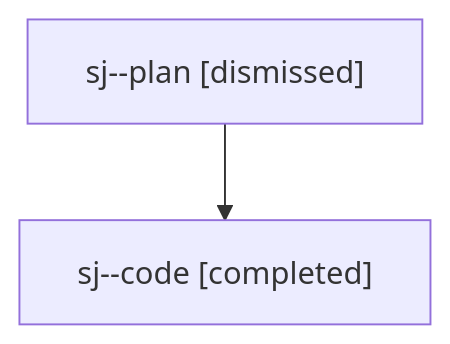
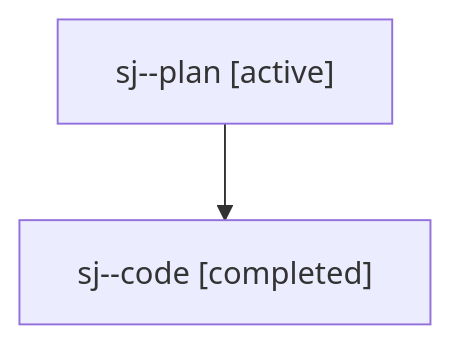
Before and after one commit to bobs-org/bob-cli--agents: the diagram in families/bbugyi200.athena.sj.md, drawn with Mermaid. The commit also changed other lines of this file and 133 other files, not shown here.

````diff
--- a/families/bbugyi200.athena.sj.md
+++ b/families/bbugyi200.athena.sj.md
@@ -9,6 +9,6 @@
 ```mermaid
 flowchart TD
-  n0["sj--plan [dismissed]"]
+  n0["sj--plan [active]"]
   n1["sj--code [completed]"]
   n0 --> n1
 ```
````
